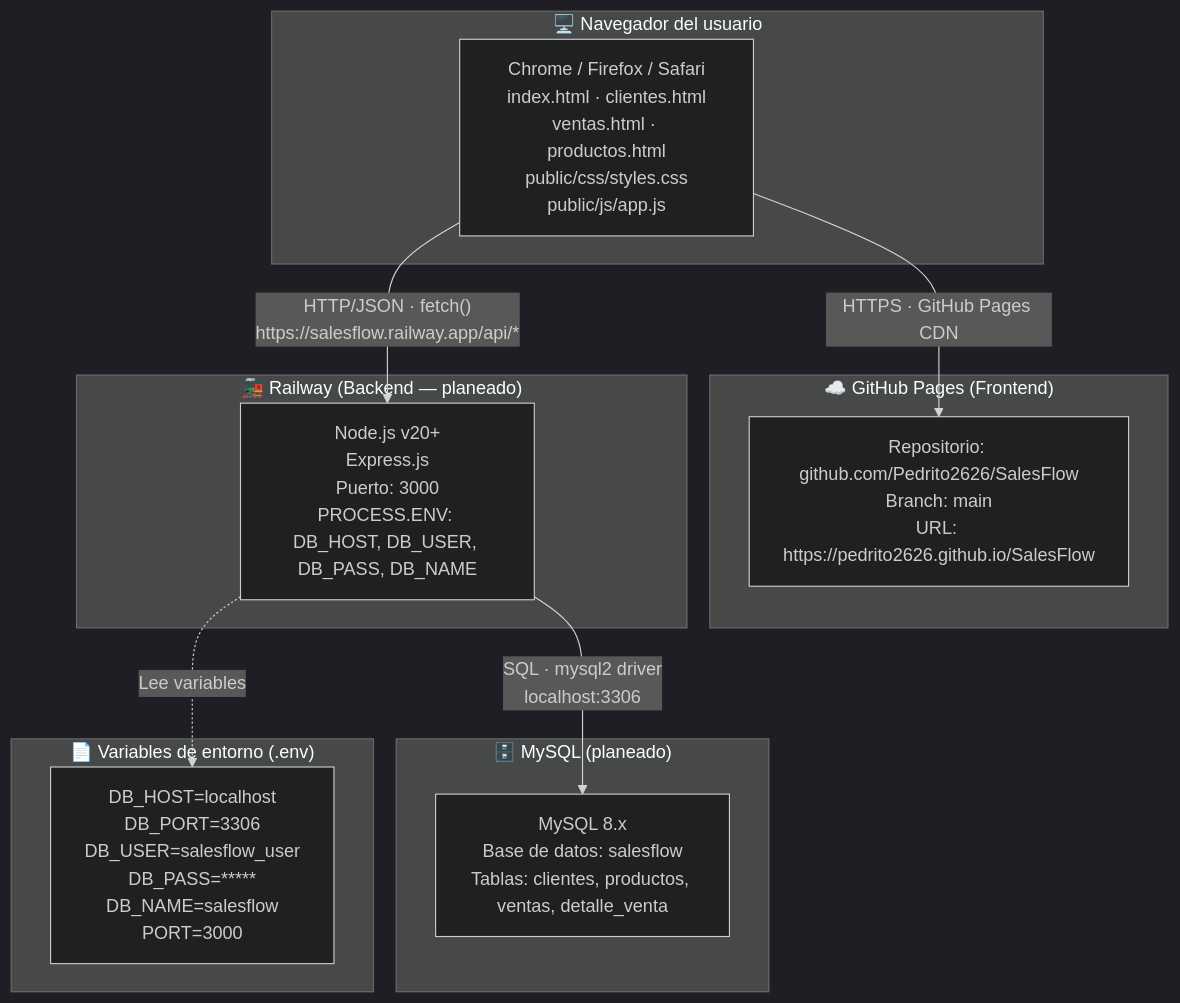
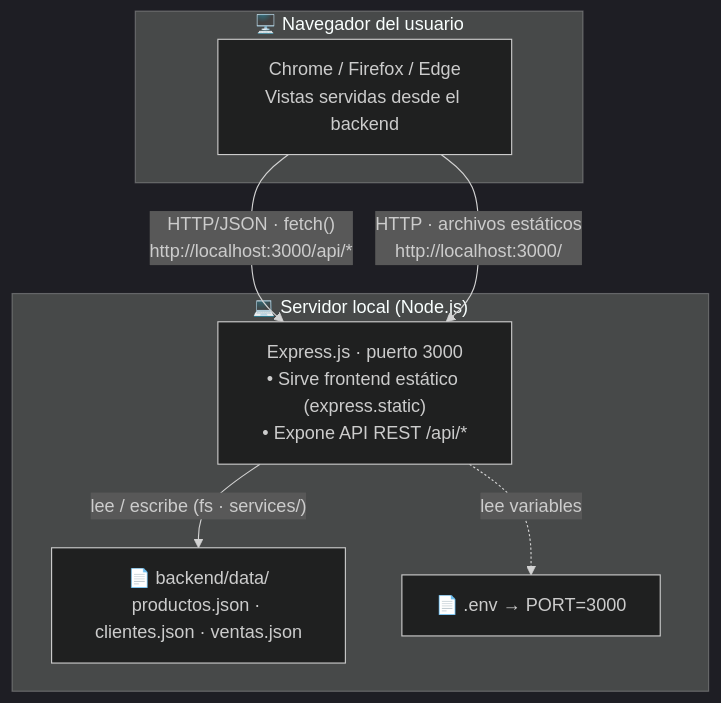
Before and after one commit to Pedrito2626/SalesFlow: the ninth of 10 diagrams in docs/diagramas/diagramas.md, drawn with Mermaid (dark theme). The commit also changed other lines of this file and 1 other file, not shown here.

Commit message:
docs: alinear arquitectura y diagramas con la implementación real (persistencia JSON)

````diff
--- a/docs/diagramas/diagramas.md
+++ b/docs/diagramas/diagramas.md
@@ -398,27 +393,17 @@
 ```mermaid
 graph TB
     subgraph CLIENT["🖥️ Navegador del usuario"]
-        B["Chrome / Firefox / Safari\nindex.html · clientes.html\nventas.html · productos.html\npublic/css/styles.css\npublic/js/app.js"]
+        B["Chrome / Firefox / Edge\nVistas servidas desde el backend"]
     end
 
-    subgraph HOSTING_FE["☁️ GitHub Pages (Frontend)"]
-        GH["Repositorio: github.com/Pedrito2626/SalesFlow\nBranch: main\nURL: https://pedrito2626.github.io/SalesFlow"]
+    subgraph SERVER["💻 Servidor local (Node.js)"]
+        NODE["Express.js · puerto 3000\n• Sirve frontend estático (express.static)\n• Expone API REST /api/*"]
+        DATA["📄 backend/data/\nproductos.json · clientes.json · ventas.json"]
+        ENVV["📄 .env  →  PORT=3000"]
     end
 
-    subgraph HOSTING_BE["🚂 Railway (Backend — planeado)"]
-        NODE["Node.js v20+\nExpress.js\nPuerto: 3000\nPROCESS.ENV: DB_HOST, DB_USER, DB_PASS, DB_NAME"]
-    end
-
-    subgraph DB_SERVER["🗄️ MySQL (planeado)"]
-        MYSQL["MySQL 8.x\nBase de datos: salesflow\nTablas: clientes, productos, ventas, detalle_venta"]
-    end
-
-    subgraph ENV["📄 Variables de entorno (.env)"]
-        ENVARS["DB_HOST=localhost\nDB_PORT=3306\nDB_USER=salesflow_user\nDB_PASS=*****\nDB_NAME=salesflow\nPORT=3000"]
-    end
-
-    B -->|"HTTPS · GitHub Pages CDN"| GH
-    B -->|"HTTP/JSON · fetch()\nhttps://salesflow.railway.app/api/*"| NODE
-    NODE -->|"SQL · mysql2 driver\nlocalhost:3306"| MYSQL
-    NODE -.->|"Lee variables"| ENVARS
+    B -->|"HTTP/JSON · fetch()\nhttp://localhost:3000/api/*"| NODE
+    B -->|"HTTP · archivos estáticos\nhttp://localhost:3000/"| NODE
+    NODE -->|"lee / escribe (fs · services/)"| DATA
+    NODE -.->|"lee variables"| ENVV
 ```
````
